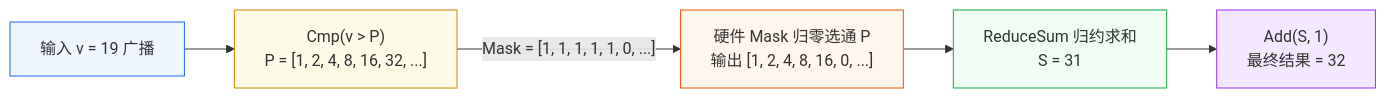
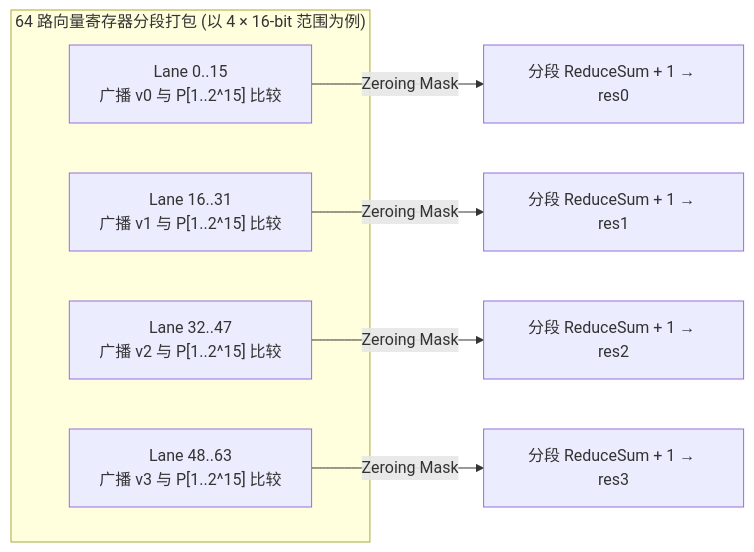
The sixth of 10 diagrams in src/content/posts/cpu-npu-operator-optimization-bithacks-numerical-codesign-guide.md (hqu-little-boy/blog), drawn with Mermaid before and after one commit. The commit also changed other lines of this file, not shown here.

````diff
--- a/src/content/posts/cpu-npu-operator-optimization-bithacks-numerical-codesign-guide.md
+++ b/src/content/posts/cpu-npu-operator-optimization-bithacks-numerical-codesign-guide.md
@@ -434,13 +487,14 @@
 ```mermaid
 flowchart LR
-    V["输入 v = 19 广播"] --> CMP["Cmp(v > P)<br/>P = [1, 2, 4, 8, 16, 32, ...]"]
-    CMP -->|"Mask = [1, 1, 1, 1, 1, 0, ...]"| MUX["硬件 Mask 归零选通 P<br/>输出 [1, 2, 4, 8, 16, 0, ...]"]
-    MUX --> SUM["ReduceSum 归约求和<br/>S = 31"]
-    SUM --> ADD["Add(S, 1)<br/>最终结果 = 32"]
+    subgraph Pack["64 路向量寄存器分段打包 (以 4 × 16-bit 范围为例)"]
+        L0["Lane 0..15<br/>广播 v0 与 P[1..2^15] 比较"]
+        L1["Lane 16..31<br/>广播 v1 与 P[1..2^15] 比较"]
+        L2["Lane 32..47<br/>广播 v2 与 P[1..2^15] 比较"]
+        L3["Lane 48..63<br/>广播 v3 与 P[1..2^15] 比较"]
+    end
 
-    style V fill:#eff6ff,stroke:#2563eb
-    style CMP fill:#fefce8,stroke:#ca8a04
-    style MUX fill:#fff7ed,stroke:#ea580c
-    style SUM fill:#f0fdf4,stroke:#16a34a
-    style ADD fill:#f3e8ff,stroke:#9333ea
+    L0 -->|"Zeroing Mask"| R0["分段 ReduceSum + 1 → res0"]
+    L1 -->|"Zeroing Mask"| R1["分段 ReduceSum + 1 → res1"]
+    L2 -->|"Zeroing Mask"| R2["分段 ReduceSum + 1 → res2"]
+    L3 -->|"Zeroing Mask"| R3["分段 ReduceSum + 1 → res3"]
 ```
````
